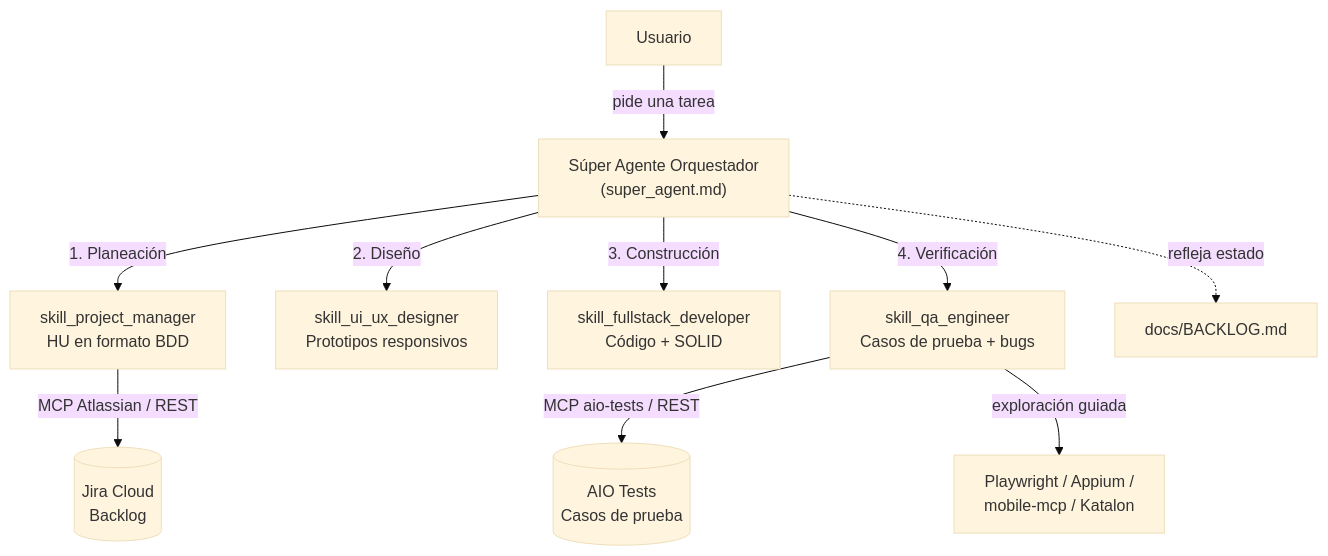
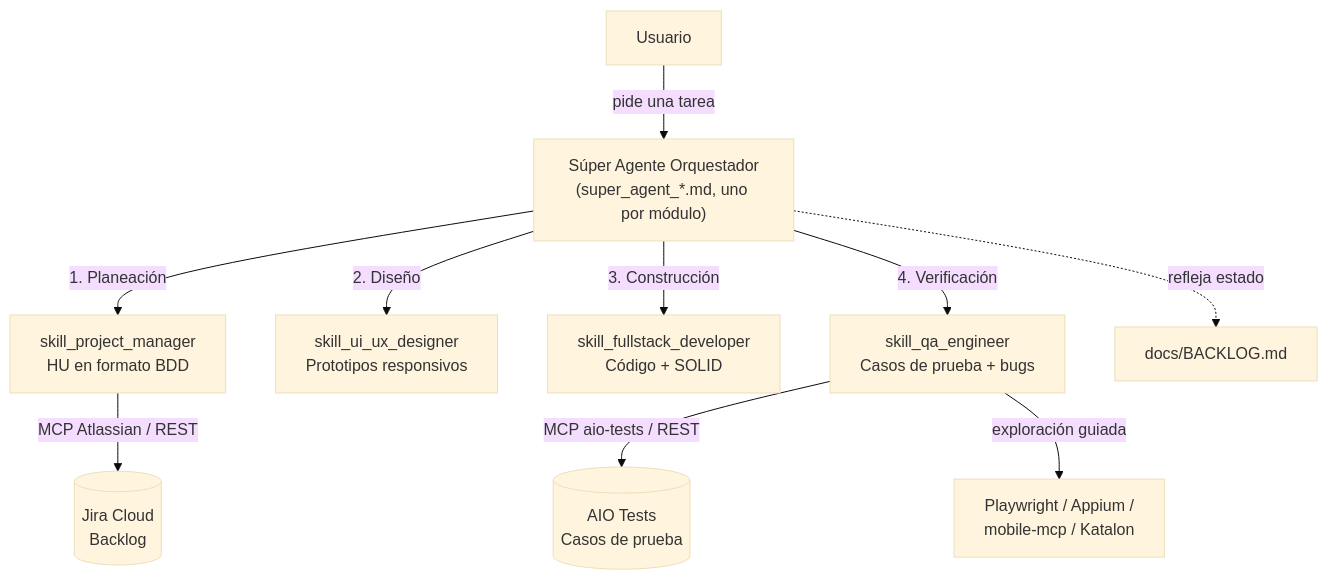
The diagram in README.md (Jonnyboth/AutoSquad-AI), drawn with Mermaid (base theme) before and after one commit. The commit also changed other lines of this file and 21 other files, not shown here.

````diff
--- a/README.md
+++ b/README.md
@@ -14,15 +14,15 @@
 ```mermaid
 flowchart TD
-    U["Usuario"] -->|"pide una tarea"| SA["Súper Agente Orquestador\n(super_agent.md)"]
+    U["Usuario"] -->|"pide una tarea"| SA["Súper Agente Orquestador\n(super_agent_*.md, uno por módulo)"]
 
     SA -->|"1. Planeación"| PM["skill_project_manager\nHU en formato BDD"]
     SA -->|"2. Diseño"| UX["skill_ui_ux_designer\nPrototipos responsivos"]
     SA -->|"3. Construcción"| DEV["skill_fullstack_developer\nCódigo + SOLID"]
     SA -->|"4. Verificación"| QA["skill_qa_engineer\nCasos de prueba + bugs"]
 
     PM -->|"MCP Atlassian / REST"| JIRA[("Jira Cloud\nBacklog")]
     QA -->|"MCP aio-tests / REST"| AIO[("AIO Tests\nCasos de prueba")]
     QA -->|"exploración guiada"| AUTO["Playwright / Appium /\nmobile-mcp / Katalon"]
 
     SA -.->|"refleja estado"| BL["docs/BACKLOG.md"]
 ```
````
